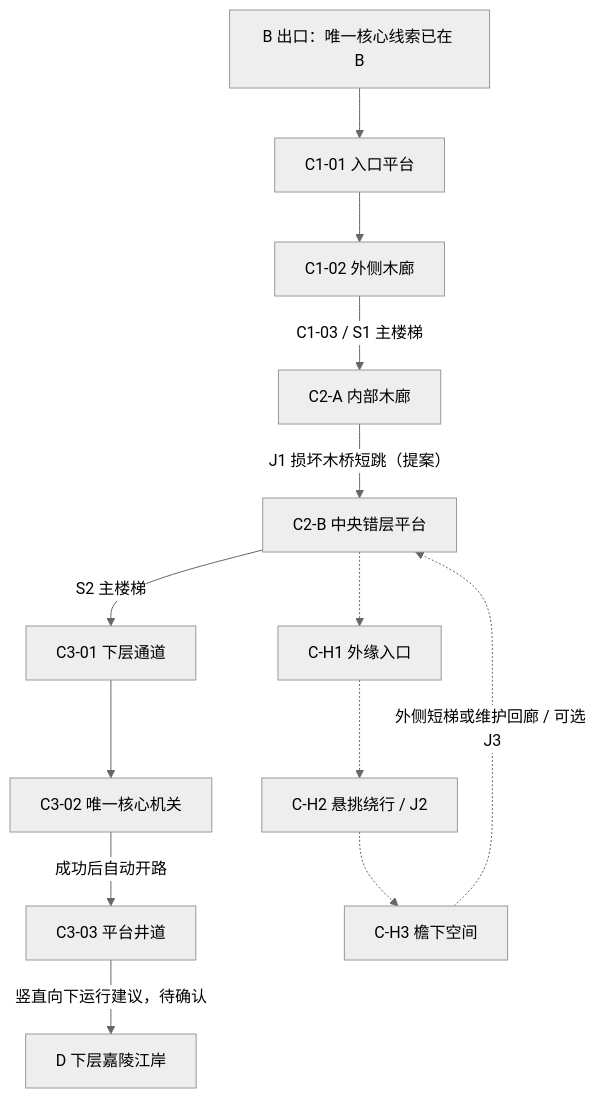
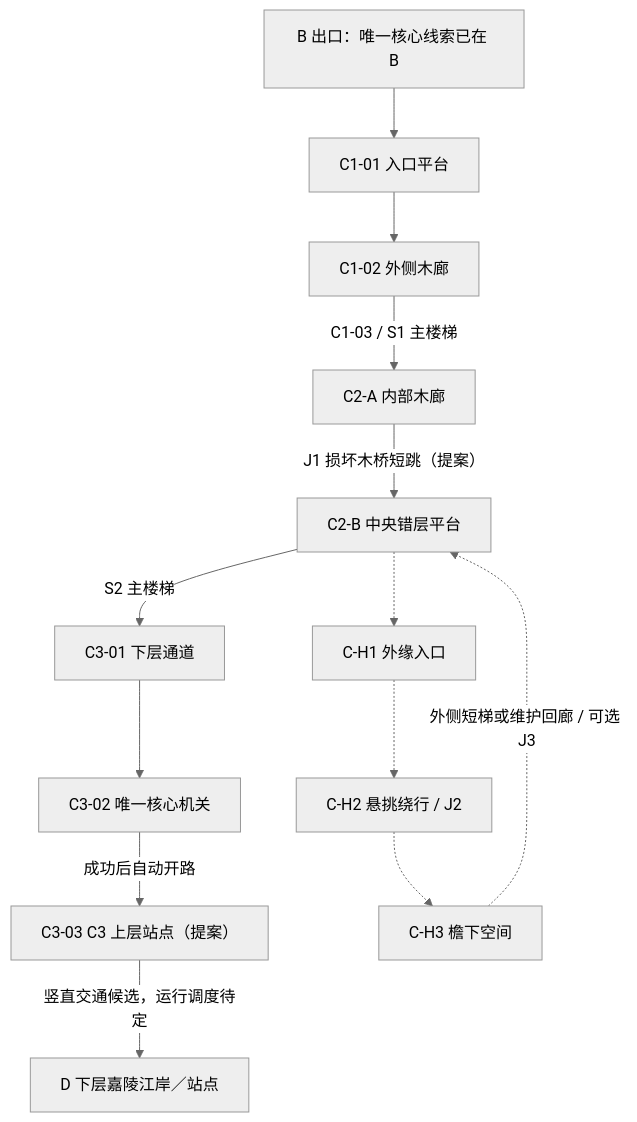
One commit to changjun-zheng/mountain-city-last-delivery changed the diagram in docs/HONGYADONG_LEVEL_DESIGN.md. Above: the diagram before and after it, drawn with Mermaid (neutral theme). The commit also changed other lines of this file and 4 other files, not shown here.

````diff
--- a/docs/HONGYADONG_LEVEL_DESIGN.md
+++ b/docs/HONGYADONG_LEVEL_DESIGN.md
@@ -179,15 +181,15 @@
 ```mermaid
 flowchart TD
     B["B 出口：唯一核心线索已在 B"] --> C101["C1-01 入口平台"]
     C101 --> C102["C1-02 外侧木廊"]
     C102 -->|"C1-03 / S1 主楼梯"| C2A["C2-A 内部木廊"]
     C2A -->|"J1 损坏木桥短跳（提案）"| C2B["C2-B 中央错层平台"]
     C2B -->|"S2 主楼梯"| C301["C3-01 下层通道"]
     C301 --> C302["C3-02 唯一核心机关"]
-    C302 -->|"成功后自动开路"| C303["C3-03 平台井道"]
-    C303 -->|"竖直向下运行建议，待确认"| D["D 下层嘉陵江岸"]
+    C302 -->|"成功后自动开路"| C303["C3-03 C3 上层站点（提案）"]
+    C303 -->|"竖直交通候选，运行调度待定"| D["D 下层嘉陵江岸／站点"]
     C2B -.-> H1["C-H1 外缘入口"]
     H1 -.-> H2["C-H2 悬挑绕行 / J2"]
     H2 -.-> H3["C-H3 檐下空间"]
     H3 -. "外侧短梯或维护回廊 / 可选 J3" .-> C2B
 ```
````
